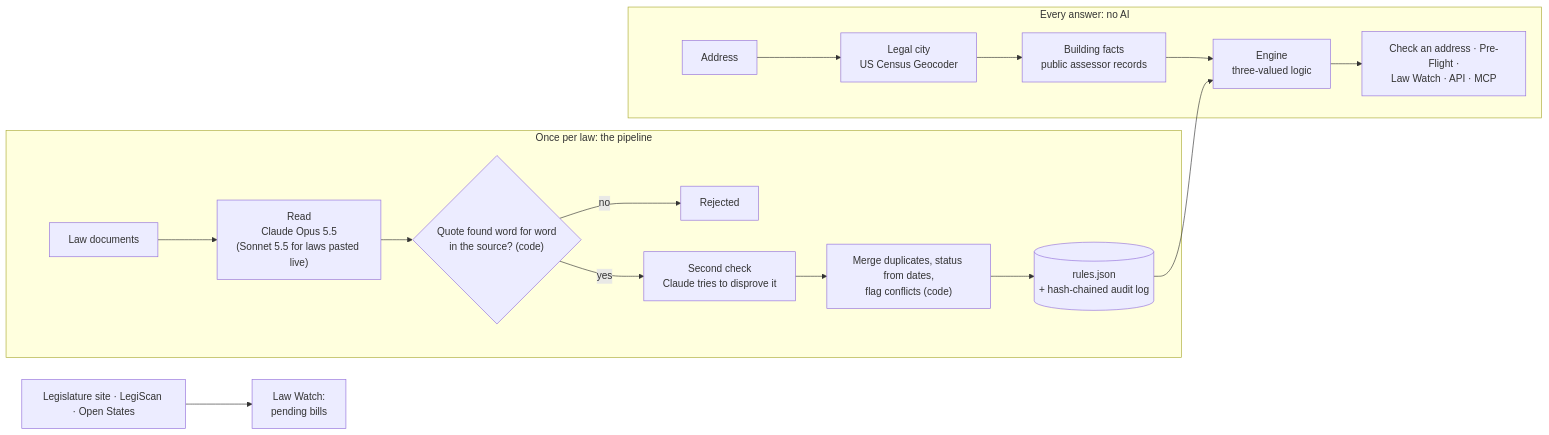
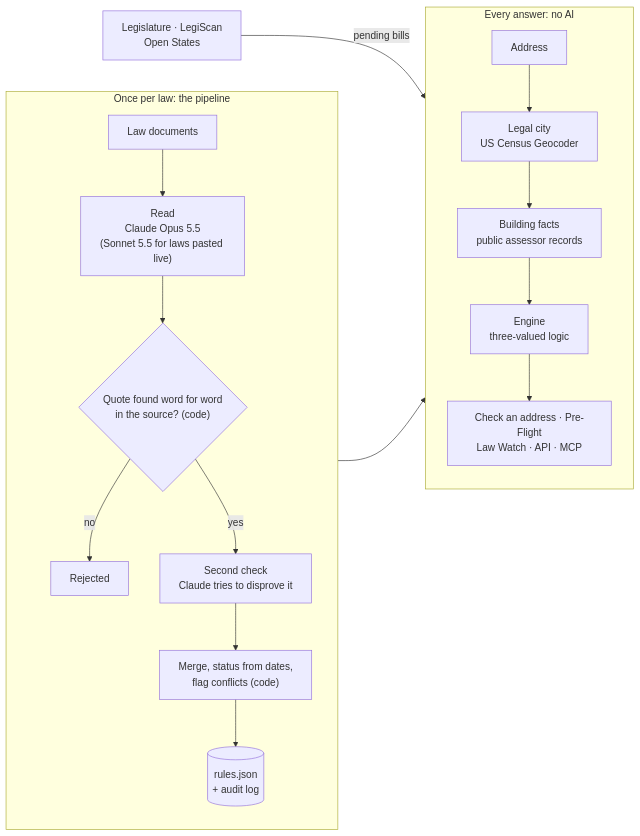
The diagram in README.md (usv240/proofline), drawn with Mermaid before and after one commit.

Commit message:
README: readable two-column architecture diagram

````diff
--- a/README.md
+++ b/README.md
@@ -67,19 +67,21 @@
 ```mermaid
 flowchart LR
   subgraph ONCE["Once per law: the pipeline"]
+    direction TB
     A["Law documents"] --> B["Read<br/>Claude Opus 5.5<br/>(Sonnet 5.5 for laws pasted live)"]
     B --> C{"Quote found word for word<br/>in the source? (code)"}
     C -- "no" --> R["Rejected"]
     C -- "yes" --> D["Second check<br/>Claude tries to disprove it"]
-    D --> E["Merge duplicates, status from dates,<br/>flag conflicts (code)"]
-    E --> F[("rules.json<br/>+ hash-chained audit log")]
+    D --> E["Merge, status from dates,<br/>flag conflicts (code)"]
+    E --> F[("rules.json<br/>+ audit log")]
   end
   subgraph EVERY["Every answer: no AI"]
+    direction TB
     G["Address"] --> H["Legal city<br/>US Census Geocoder"]
     H --> I["Building facts<br/>public assessor records"]
     I --> J["Engine<br/>three-valued logic"]
-    F --> J
-    J --> K["Check an address · Pre-Flight ·<br/>Law Watch · API · MCP"]
+    J --> K["Check an address · Pre-Flight<br/>Law Watch · API · MCP"]
   end
-  L["Legislature site · LegiScan · Open States"] --> M["Law Watch:<br/>pending bills"]
+  F --> J
+  L["Legislature · LegiScan<br/>Open States"] -- "pending bills" --> K
 ```
````
